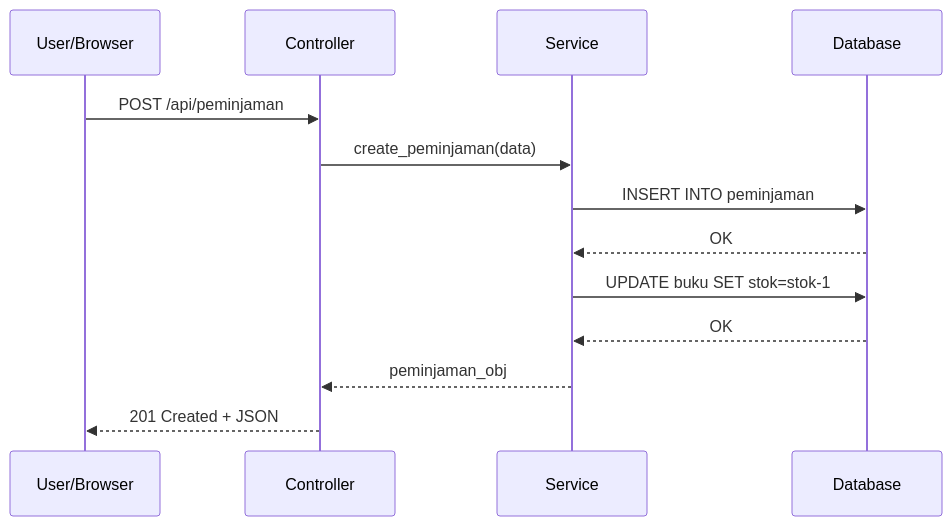
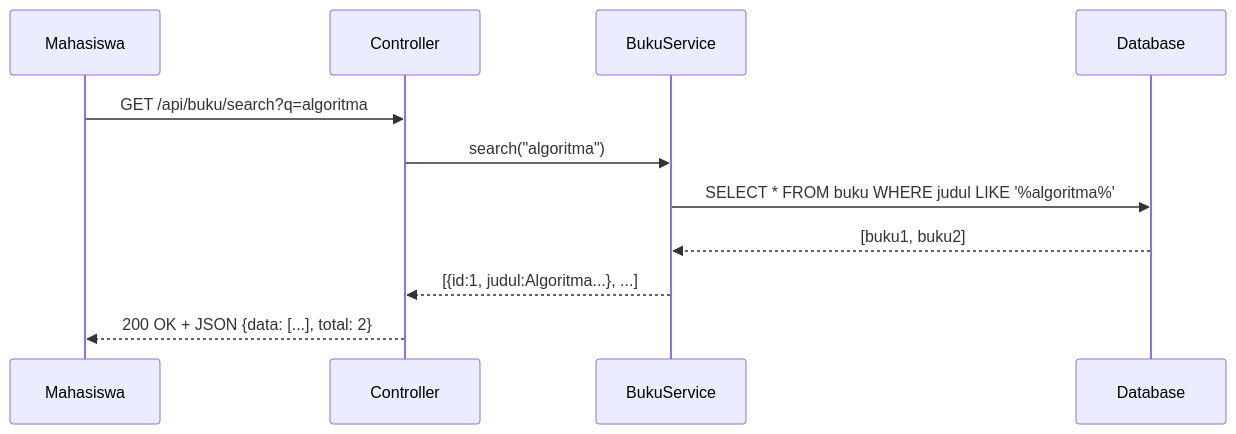
Before and after one commit to triajinugroho/research-ai-agentic: the third of 4 diagrams in mata-kuliah/rekayasa-perangkat-lunak/04-labs/lab-06-uml-modeling-dan-database-design.md, drawn with Mermaid. The commit also changed other lines of this file and 70 other files, not shown here.

````diff
--- a/mata-kuliah/rekayasa-perangkat-lunak/04-labs/lab-06-uml-modeling-dan-database-design.md
+++ b/mata-kuliah/rekayasa-perangkat-lunak/04-labs/lab-06-uml-modeling-dan-database-design.md
@@ -52,15 +263,14 @@
 ```mermaid
 sequenceDiagram
-    participant U as User/Browser
+    participant M as Mahasiswa
     participant C as Controller
-    participant S as Service
+    participant S as BukuService
     participant D as Database
-    U->>C: POST /api/peminjaman
-    C->>S: create_peminjaman(data)
-    S->>D: INSERT INTO peminjaman
-    D-->>S: OK
-    S->>D: UPDATE buku SET stok=stok-1
-    D-->>S: OK
-    S-->>C: peminjaman_obj
-    C-->>U: 201 Created + JSON
+
+    M->>C: GET /api/buku/search?q=algoritma
+    C->>S: search("algoritma")
+    S->>D: SELECT * FROM buku WHERE judul LIKE '%algoritma%'
+    D-->>S: [buku1, buku2]
+    S-->>C: [{id:1, judul:Algoritma...}, ...]
+    C-->>M: 200 OK + JSON {data: [...], total: 2}
 ```
````
